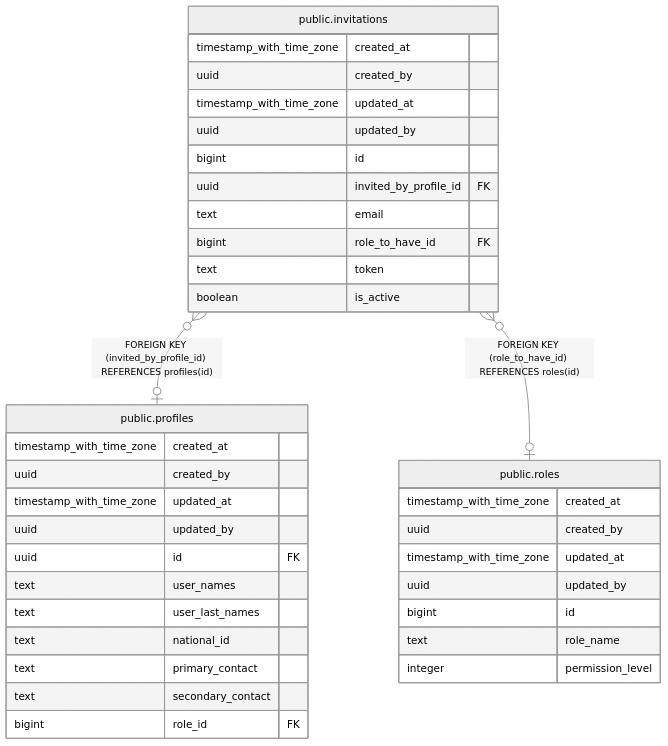
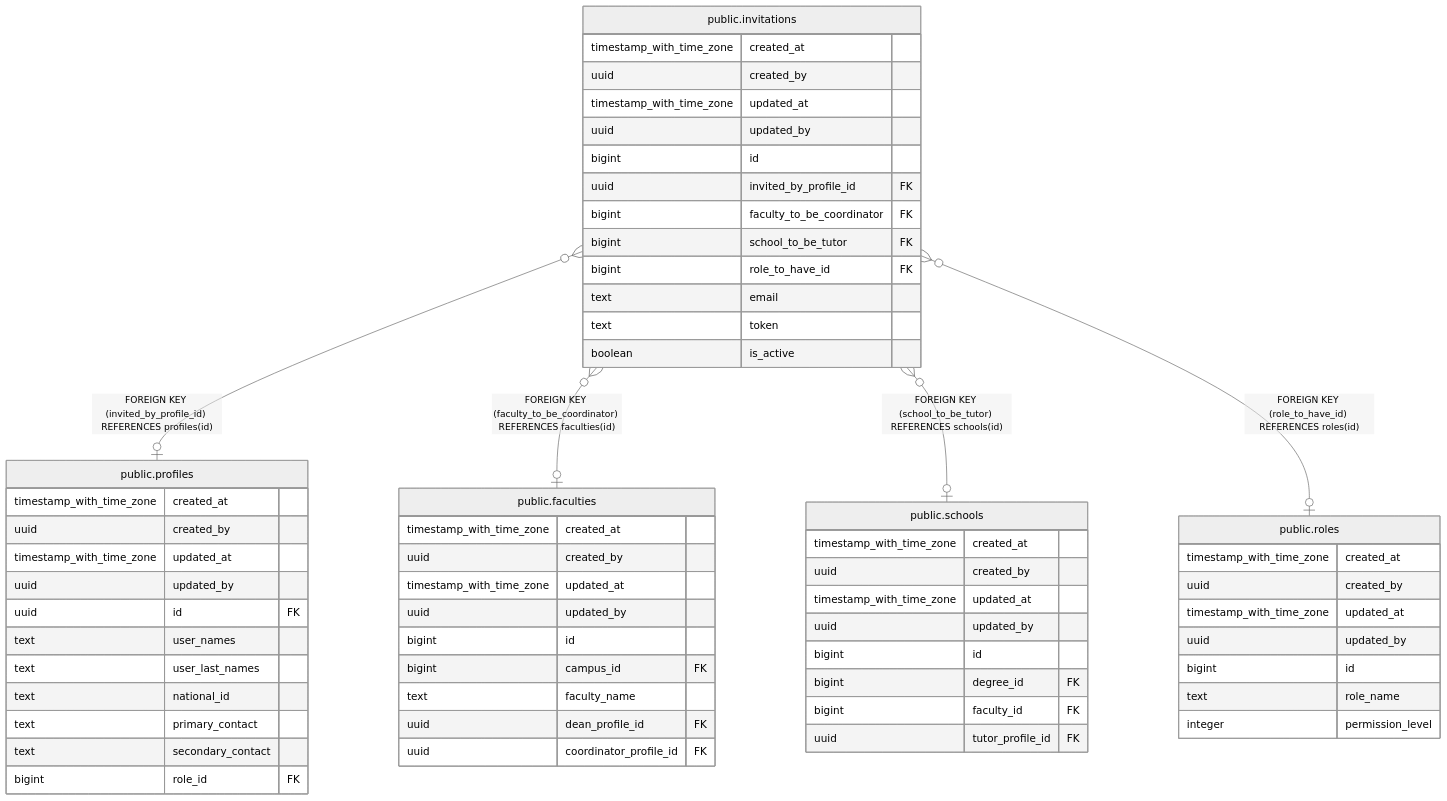
One commit to icristianhernandez/academic-service-backend changed the diagram in docs/db/tbls/public.invitations.md. Above: the diagram before and after it, drawn with Mermaid (neutral theme). The commit also changed other lines of this file and 12 other files, not shown here.

First line of the commit message:
chore(db-docs): update tbls diagrams for invitations, roles, profiles

````diff
--- a/docs/db/tbls/public.invitations.md
+++ b/docs/db/tbls/public.invitations.md
@@ -46,41 +50,66 @@
 ```mermaid
 erDiagram
 
 "public.invitations" }o--o| "public.profiles" : "FOREIGN KEY (invited_by_profile_id) REFERENCES profiles(id)"
+"public.invitations" }o--o| "public.faculties" : "FOREIGN KEY (faculty_to_be_coordinator) REFERENCES faculties(id)"
+"public.invitations" }o--o| "public.schools" : "FOREIGN KEY (school_to_be_tutor) REFERENCES schools(id)"
 "public.invitations" }o--o| "public.roles" : "FOREIGN KEY (role_to_have_id) REFERENCES roles(id)"
 
 "public.invitations" {
   timestamp_with_time_zone created_at ""
   uuid created_by ""
   timestamp_with_time_zone updated_at ""
   uuid updated_by ""
   bigint id ""
   uuid invited_by_profile_id FK ""
+  bigint faculty_to_be_coordinator FK ""
+  bigint school_to_be_tutor FK ""
+  bigint role_to_have_id FK ""
   text email ""
-  bigint role_to_have_id FK ""
   text token ""
   boolean is_active ""
 }
 "public.profiles" {
   timestamp_with_time_zone created_at ""
   uuid created_by ""
   timestamp_with_time_zone updated_at ""
   uuid updated_by ""
   uuid id FK ""
   text user_names ""
   text user_last_names ""
   text national_id ""
   text primary_contact ""
   text secondary_contact ""
   bigint role_id FK ""
 }
+"public.faculties" {
+  timestamp_with_time_zone created_at ""
+  uuid created_by ""
+  timestamp_with_time_zone updated_at ""
+  uuid updated_by ""
+  bigint id ""
+  bigint campus_id FK ""
+  text faculty_name ""
+  uuid dean_profile_id FK ""
+  uuid coordinator_profile_id FK ""
+}
+"public.schools" {
+  timestamp_with_time_zone created_at ""
+  uuid created_by ""
+  timestamp_with_time_zone updated_at ""
+  uuid updated_by ""
+  bigint id ""
+  bigint degree_id FK ""
+  bigint faculty_id FK ""
+  uuid tutor_profile_id FK ""
+}
 "public.roles" {
   timestamp_with_time_zone created_at ""
   uuid created_by ""
   timestamp_with_time_zone updated_at ""
   uuid updated_by ""
   bigint id ""
   text role_name ""
   integer permission_level ""
 }
 ```
````
